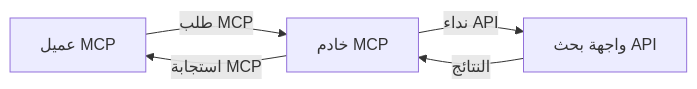
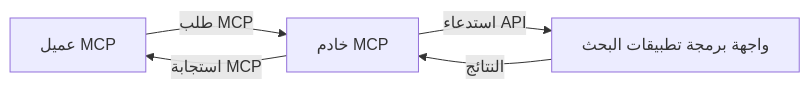
One commit to microsoft/mcp-for-beginners changed the second of 4 diagrams in translations/ar/05-AdvancedTopics/mcp-realtimesearch/README.md. Above: the diagram before and after it, drawn with Mermaid. The commit also changed other lines of this file and 136 other files, not shown here.

````diff
--- a/translations/ar/05-AdvancedTopics/mcp-realtimesearch/README.md
+++ b/translations/ar/05-AdvancedTopics/mcp-realtimesearch/README.md
@@ -599,7 +600,7 @@
 ```mermaid
 graph LR
     Client[عميل MCP] --> |طلب MCP| Server[خادم MCP]
-    Server --> |نداء API| SearchAPI[واجهة بحث API]
+    Server --> |استدعاء API| SearchAPI[واجهة برمجة تطبيقات البحث]
     SearchAPI --> |النتائج| Server
     Server --> |استجابة MCP| Client
 ```
````
